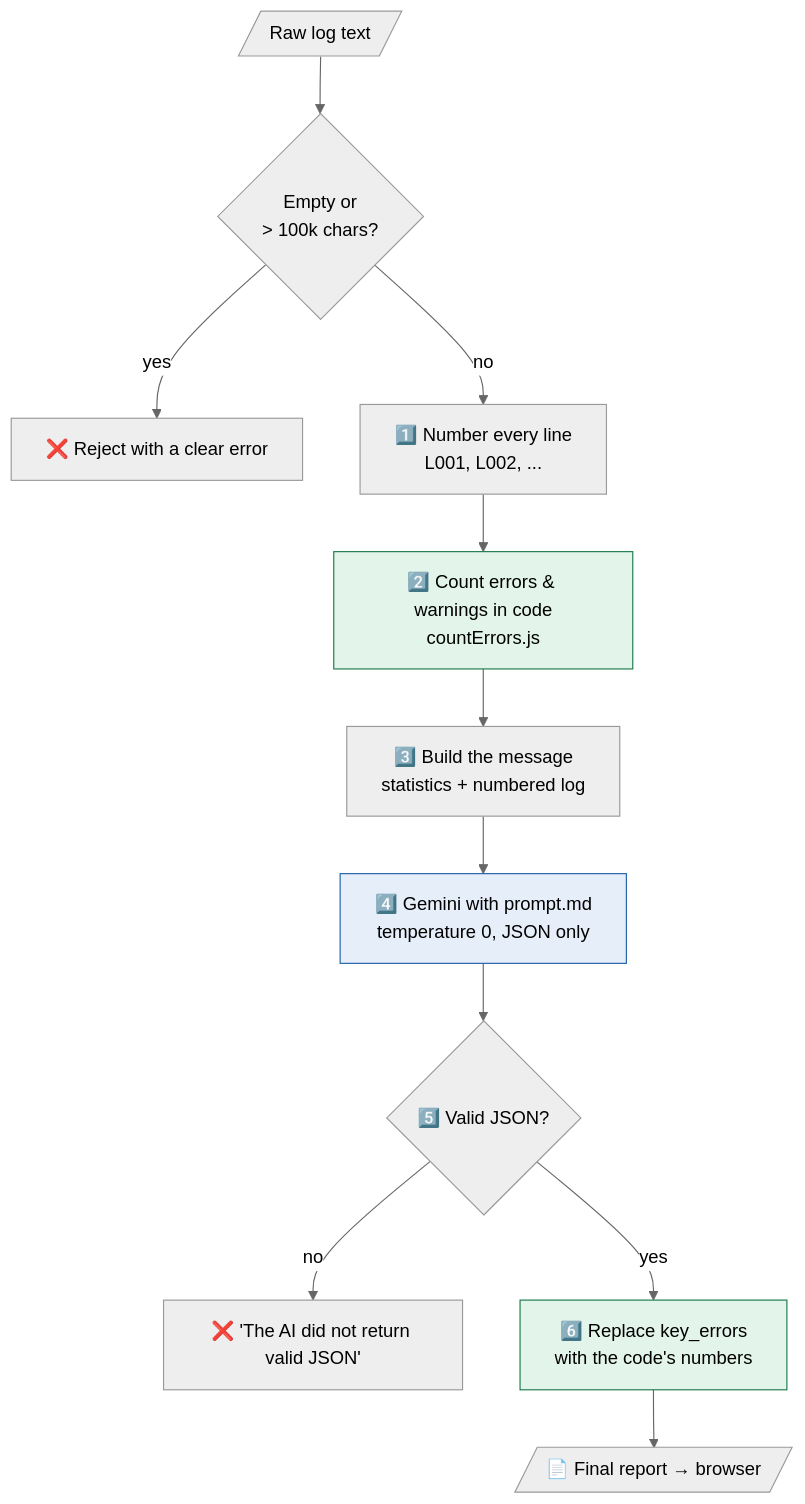
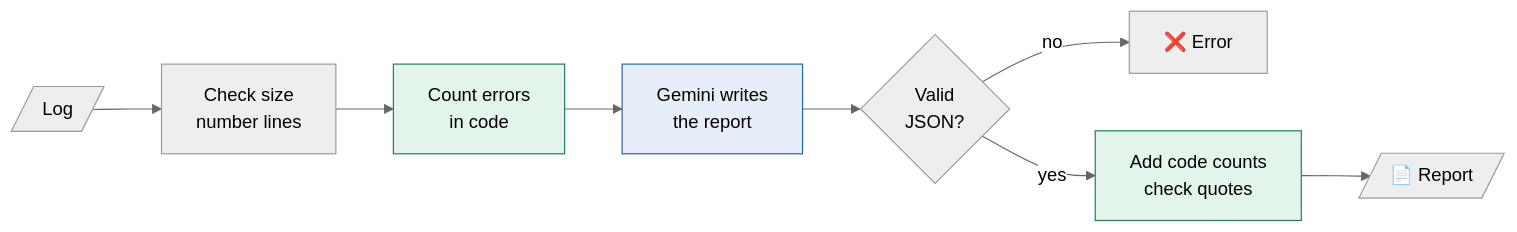
The first of 2 diagrams in README.md (nitishyadav108/incident-analyzer), drawn with Mermaid (neutral theme) before and after one commit. The commit also changed other lines of this file, not shown here.

Commit message:
README: compact pipeline flowchart and move About to the top

````diff
--- a/README.md
+++ b/README.md
@@ -11,17 +17,14 @@
 ```mermaid
-flowchart TD
-    IN[/"Raw log text"/] --> V{"Empty or<br/>> 100k chars?"}
-    V -- yes --> ERR["❌ Reject with a clear error"]
-    V -- no --> N["1️⃣ Number every line<br/>L001, L002, ..."]
-    N --> C["2️⃣ Count errors & warnings in code<br/>countErrors.js"]
-    C --> M["3️⃣ Build the message<br/>statistics + numbered log"]
-    M --> LLM["4️⃣ Gemini with prompt.md<br/>temperature 0, JSON only"]
-    LLM --> J{"5️⃣ Valid JSON?"}
-    J -- no --> ERR2["❌ 'The AI did not return valid JSON'"]
-    J -- yes --> O["6️⃣ Replace key_errors<br/>with the code's numbers"]
-    O --> OUT[/"📄 Final report → browser"/]
+flowchart LR
+    A[/"Log"/] --> B["Check size<br/>number lines"]
+    B --> C["Count errors<br/>in code"]
+    C --> D["Gemini writes<br/>the report"]
+    D --> E{"Valid<br/>JSON?"}
+    E -- no --> X["❌ Error"]
+    E -- yes --> F["Add code counts<br/>check quotes"]
+    F --> G[/"📄 Report"/]
 
     style C fill:#E3F4EA,stroke:#1B7A4B
-    style O fill:#E3F4EA,stroke:#1B7A4B
-    style LLM fill:#E6EFF9,stroke:#1F5FA8
+    style F fill:#E3F4EA,stroke:#1B7A4B
+    style D fill:#E6EFF9,stroke:#1F5FA8
 ```
````
